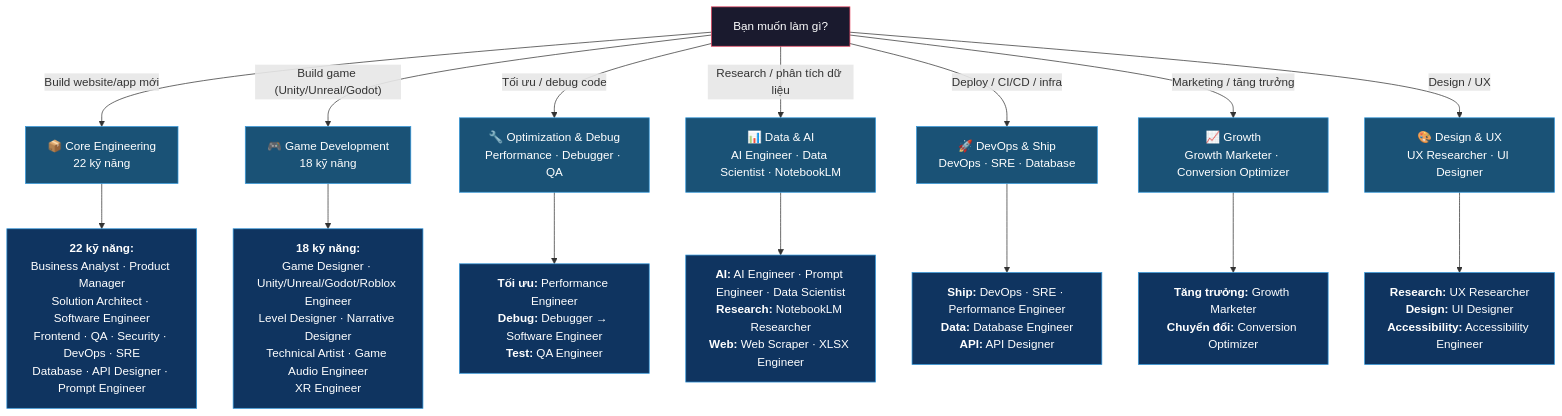
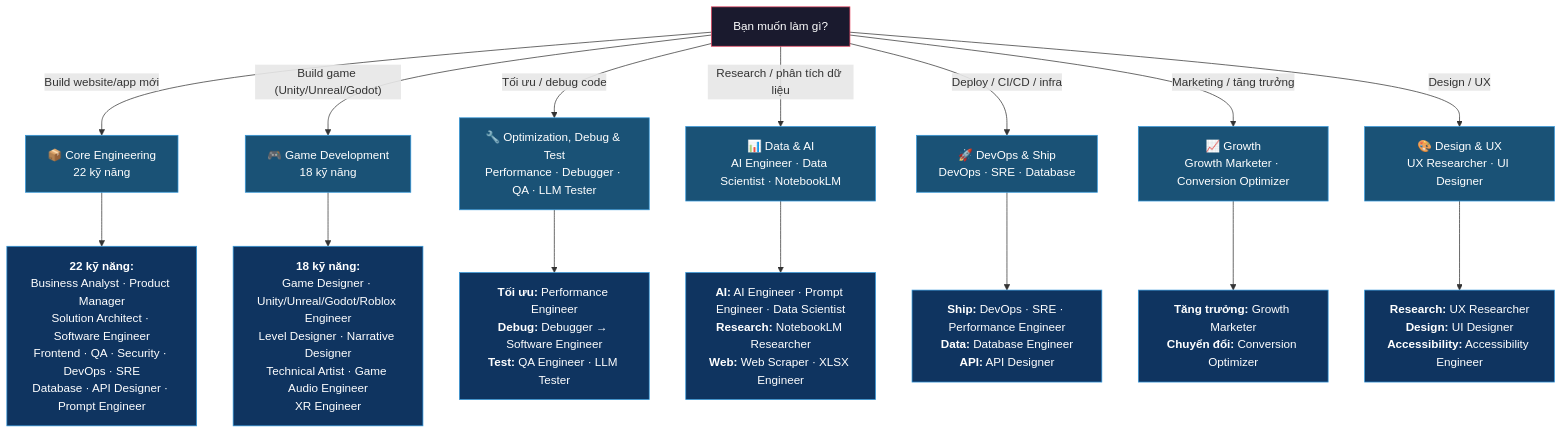
One commit to buiphucminhtam/forgewright changed diagram 15 of 15 in README.vi.md. Above: the diagram before and after it, drawn with Mermaid. The commit also changed other lines of this file and 4 other files, not shown here.

````diff
--- a/README.vi.md
+++ b/README.vi.md
@@ -821,36 +821,36 @@
 ```mermaid
 flowchart TD
     USER["Bạn muốn làm gì?"]
 
     USER --> |"Build website/app mới"| SaaS["📦 Core Engineering<br/>22 kỹ năng"]
     USER --> |"Build game (Unity/Unreal/Godot)"| GAME["🎮 Game Development<br/>18 kỹ năng"]
-    USER --> |"Tối ưu / debug code"| OPT["🔧 Optimization & Debug<br/>Performance · Debugger · QA"]
+    USER --> |"Tối ưu / debug code"| OPT["🔧 Optimization, Debug & Test<br/>Performance · Debugger · QA · LLM Tester"]
     USER --> |"Research / phân tích dữ liệu"| DATA["📊 Data & AI<br/>AI Engineer · Data Scientist · NotebookLM"]
     USER --> |"Deploy / CI/CD / infra"| DEVOPS["🚀 DevOps & Ship<br/>DevOps · SRE · Database"]
     USER --> |"Marketing / tăng trưởng"| GROW["📈 Growth<br/>Growth Marketer · Conversion Optimizer"]
     USER --> |"Design / UX"| DESIGN["🎨 Design & UX<br/>UX Researcher · UI Designer"]
 
     SaaS --> SaaS_DETAIL["<b>22 kỹ năng:</b><br/>Business Analyst · Product Manager<br/>Solution Architect · Software Engineer<br/>Frontend · QA · Security · DevOps · SRE<br/>Database · API Designer · Prompt Engineer"]
     GAME --> GAME_DETAIL["<b>18 kỹ năng:</b><br/>Game Designer · Unity/Unreal/Godot/Roblox Engineer<br/>Level Designer · Narrative Designer<br/>Technical Artist · Game Audio Engineer<br/>XR Engineer"]
-    OPT --> OPT_DETAIL["<b>Tối ưu:</b> Performance Engineer<br/><b>Debug:</b> Debugger → Software Engineer<br/><b>Test:</b> QA Engineer"]
+    OPT --> OPT_DETAIL["<b>Tối ưu:</b> Performance Engineer<br/><b>Debug:</b> Debugger → Software Engineer<br/><b>Test:</b> QA Engineer · LLM Tester"]
     DATA --> DATA_DETAIL["<b>AI:</b> AI Engineer · Prompt Engineer · Data Scientist<br/><b>Research:</b> NotebookLM Researcher<br/><b>Web:</b> Web Scraper · XLSX Engineer"]
     DEVOPS --> DEVOPS_DETAIL["<b>Ship:</b> DevOps · SRE · Performance Engineer<br/><b>Data:</b> Database Engineer<br/><b>API:</b> API Designer"]
     GROW --> GROW_DETAIL["<b>Tăng trưởng:</b> Growth Marketer<br/><b>Chuyển đổi:</b> Conversion Optimizer"]
     DESIGN --> DESIGN_DETAIL["<b>Research:</b> UX Researcher<br/><b>Design:</b> UI Designer<br/><b>Accessibility:</b> Accessibility Engineer"]
 
     style USER fill:#1a1a2e,stroke:#e94560,color:#fff
     style SaaS fill:#1a5276,stroke:#3498db,color:#fff
     style GAME fill:#1a5276,stroke:#3498db,color:#fff
     style OPT fill:#1a5276,stroke:#3498db,color:#fff
     style DATA fill:#1a5276,stroke:#3498db,color:#fff
     style DEVOPS fill:#1a5276,stroke:#3498db,color:#fff
     style GROW fill:#1a5276,stroke:#3498db,color:#fff
     style DESIGN fill:#1a5276,stroke:#3498db,color:#fff
     style SaaS_DETAIL fill:#0f3460,stroke:#3498db,color:#fff
     style GAME_DETAIL fill:#0f3460,stroke:#3498db,color:#fff
     style OPT_DETAIL fill:#0f3460,stroke:#3498db,color:#fff
     style DATA_DETAIL fill:#0f3460,stroke:#3498db,color:#fff
     style DEVOPS_DETAIL fill:#0f3460,stroke:#3498db,color:#fff
     style GROW_DETAIL fill:#0f3460,stroke:#3498db,color:#fff
     style DESIGN_DETAIL fill:#0f3460,stroke:#3498db,color:#fff
 ```
````
